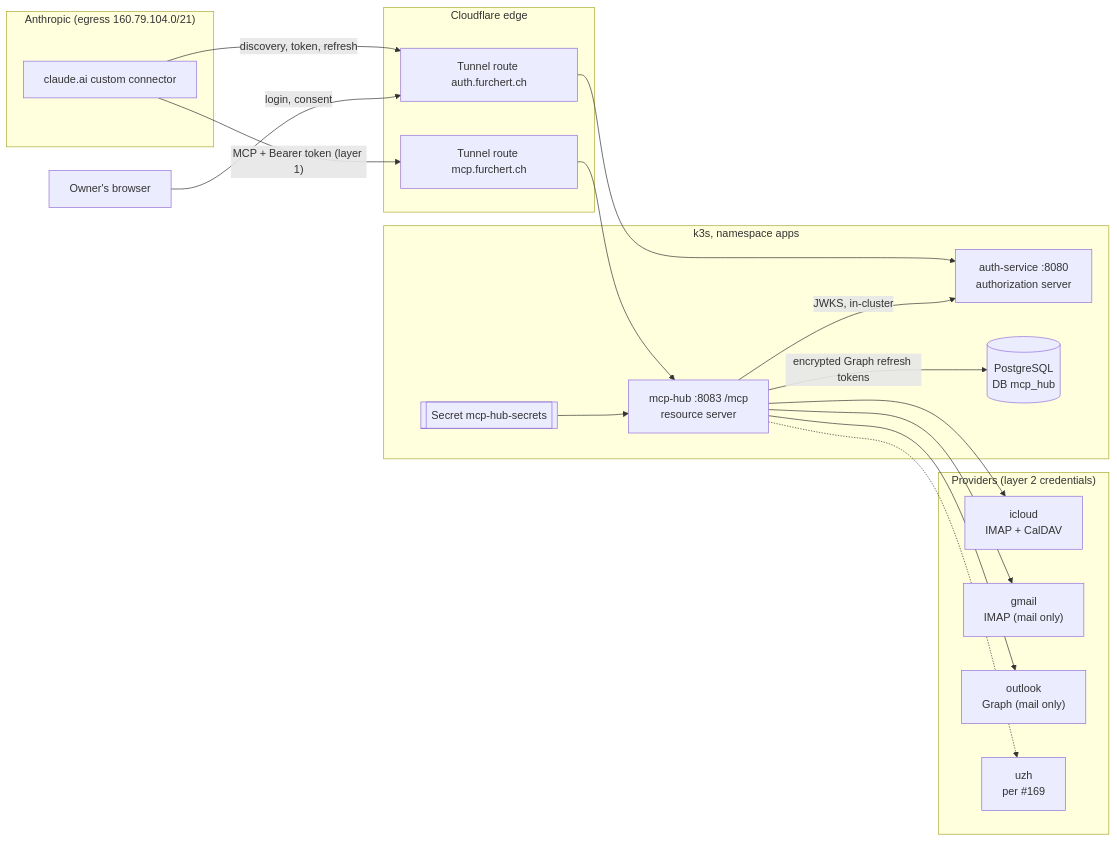
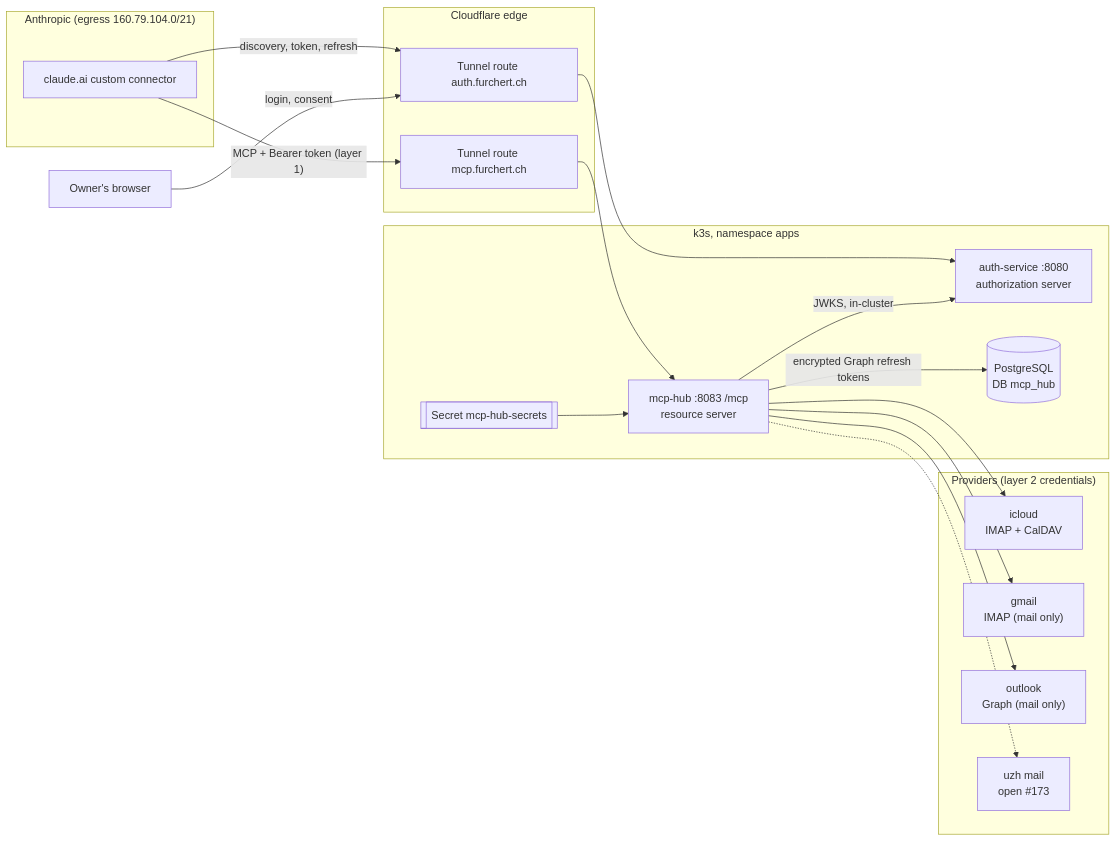
The diagram in docs/080-mcp-hub.md (doemefu/homelab), drawn with Mermaid before and after one commit. The commit also changed other lines of this file, not shown here.

Commit message:
docs(080): apply review findings to D69 (uzh calendar via icloud)

````diff
--- a/docs/080-mcp-hub.md
+++ b/docs/080-mcp-hub.md
@@ -173,33 +173,33 @@
 ```mermaid
 flowchart LR
   subgraph anthropic["Anthropic (egress 160.79.104.0/21)"]
     C["claude.ai custom connector"]
   end
   B["Owner's browser"]
   subgraph cf["Cloudflare edge"]
     T1["Tunnel route mcp.furchert.ch"]
     T2["Tunnel route auth.furchert.ch"]
   end
   subgraph k3s["k3s, namespace apps"]
     H["mcp-hub :8083 /mcp<br/>resource server"]
     A["auth-service :8080<br/>authorization server"]
     P[("PostgreSQL<br/>DB mcp_hub")]
     S[["Secret mcp-hub-secrets"]]
   end
   subgraph prov["Providers (layer 2 credentials)"]
     IC["icloud<br/>IMAP + CalDAV"]
     GM["gmail<br/>IMAP (mail only)"]
     MS["outlook<br/>Graph (mail only)"]
-    UZ["uzh<br/>per #169"]
+    UZ["uzh mail<br/>open #173"]
   end
   C -- "MCP + Bearer token (layer 1)" --> T1 --> H
   C -- "discovery, token, refresh" --> T2 --> A
   B -- "login, consent" --> T2
   H -- "JWKS, in-cluster" --> A
   S --> H
   H -- "encrypted Graph refresh tokens" --> P
   H --> IC
   H --> GM
   H --> MS
   H -.-> UZ
 ```
````
